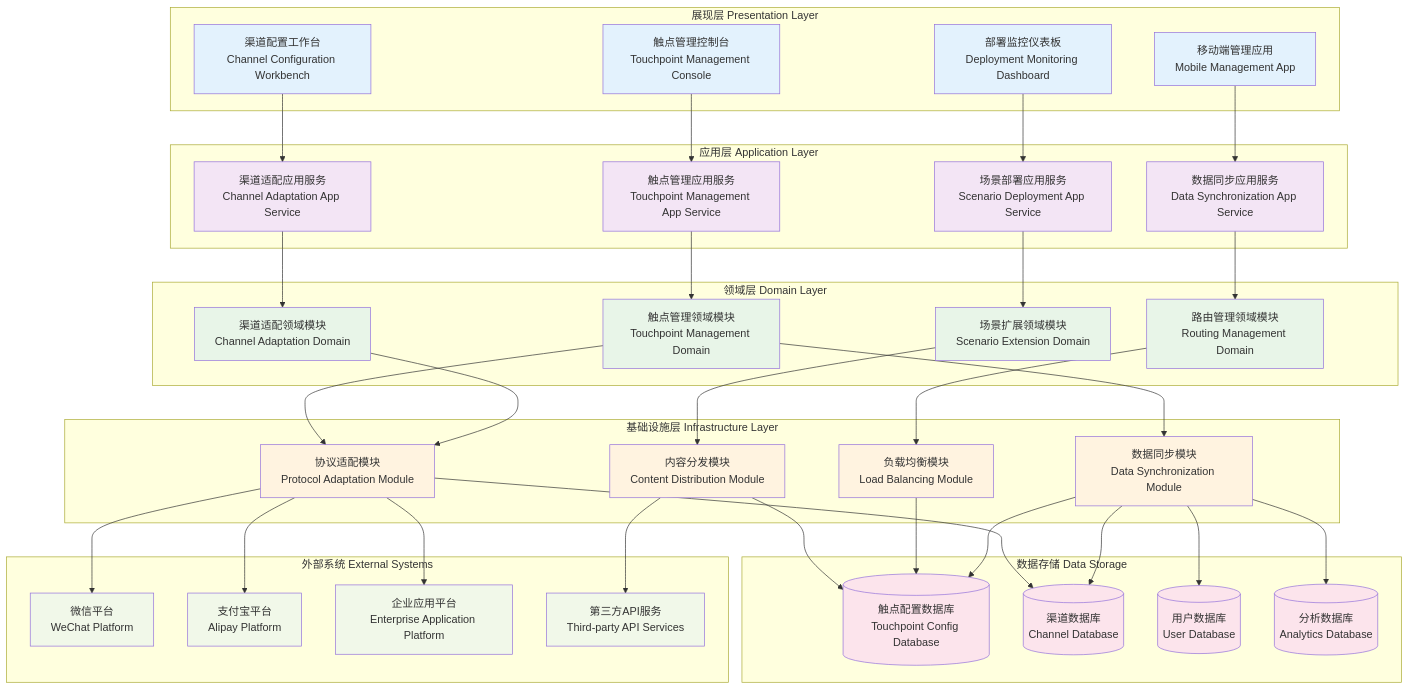
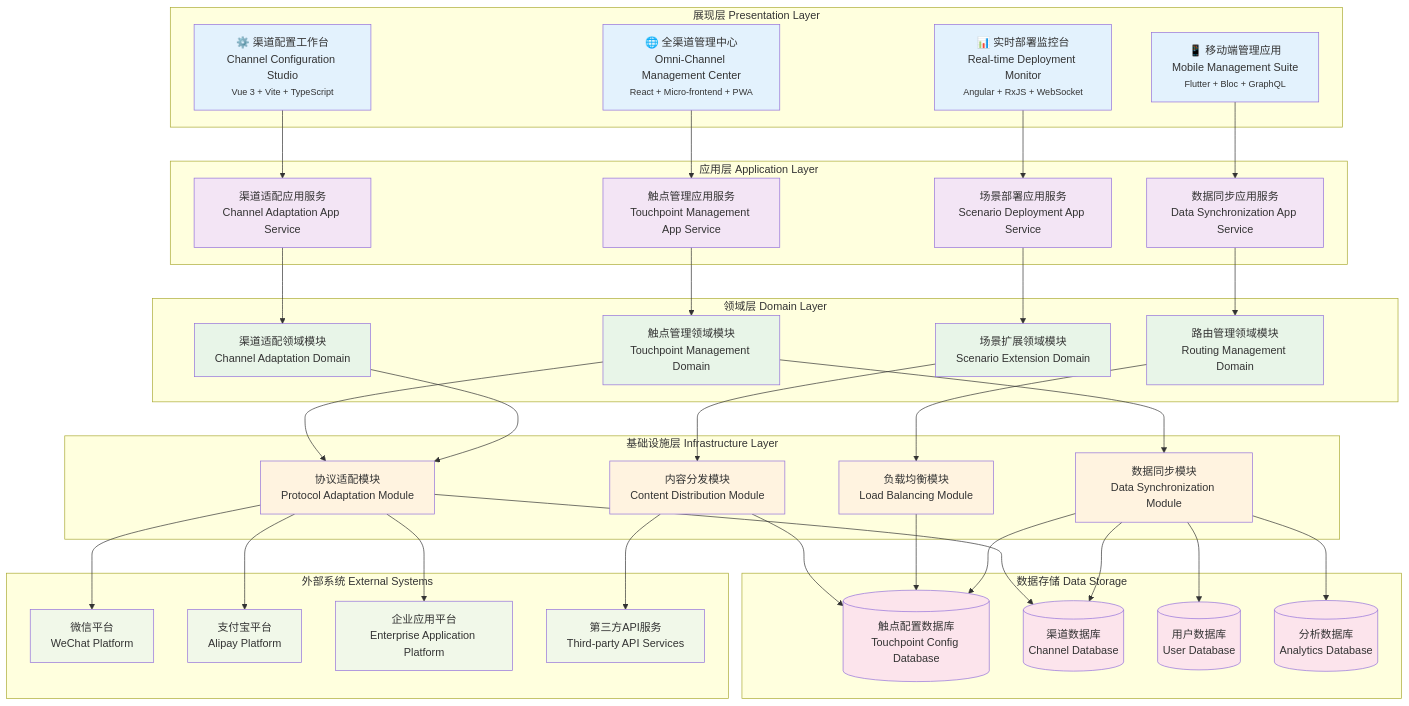
Before and after one commit to xsl625/-: the diagram in 24.2.5_online_scenario_extension_architecture.md, drawn with Mermaid. The commit also changed other lines of this file and 9 other files, not shown here.

Commit message:
Enhance architecture docs with detailed technical insights and modern tech stack

````diff
--- a/24.2.5_online_scenario_extension_architecture.md
+++ b/24.2.5_online_scenario_extension_architecture.md
@@ -8,10 +14,10 @@
 ```mermaid
 graph TB
     subgraph "展现层 Presentation Layer"
-        A[触点管理控制台<br/>Touchpoint Management Console]
-        B[渠道配置工作台<br/>Channel Configuration Workbench]
-        C[部署监控仪表板<br/>Deployment Monitoring Dashboard]
-        D[移动端管理应用<br/>Mobile Management App]
+        A[🌐 全渠道管理中心<br/>Omni-Channel Management Center<br/><small>React + Micro-frontend + PWA</small>]
+        B[⚙️ 渠道配置工作台<br/>Channel Configuration Studio<br/><small>Vue 3 + Vite + TypeScript</small>]
+        C[📊 实时部署监控台<br/>Real-time Deployment Monitor<br/><small>Angular + RxJS + WebSocket</small>]
+        D[📱 移动端管理应用<br/>Mobile Management Suite<br/><small>Flutter + Bloc + GraphQL</small>]
     end
     
     subgraph "应用层 Application Layer"
````
